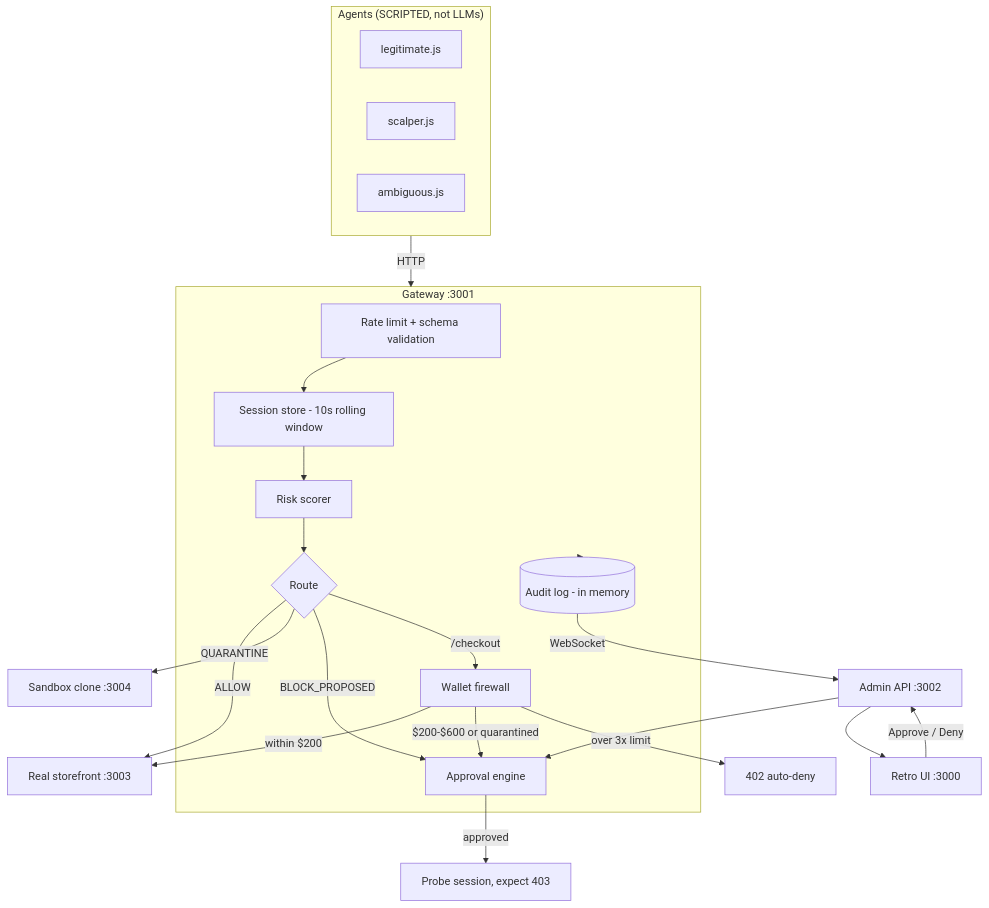
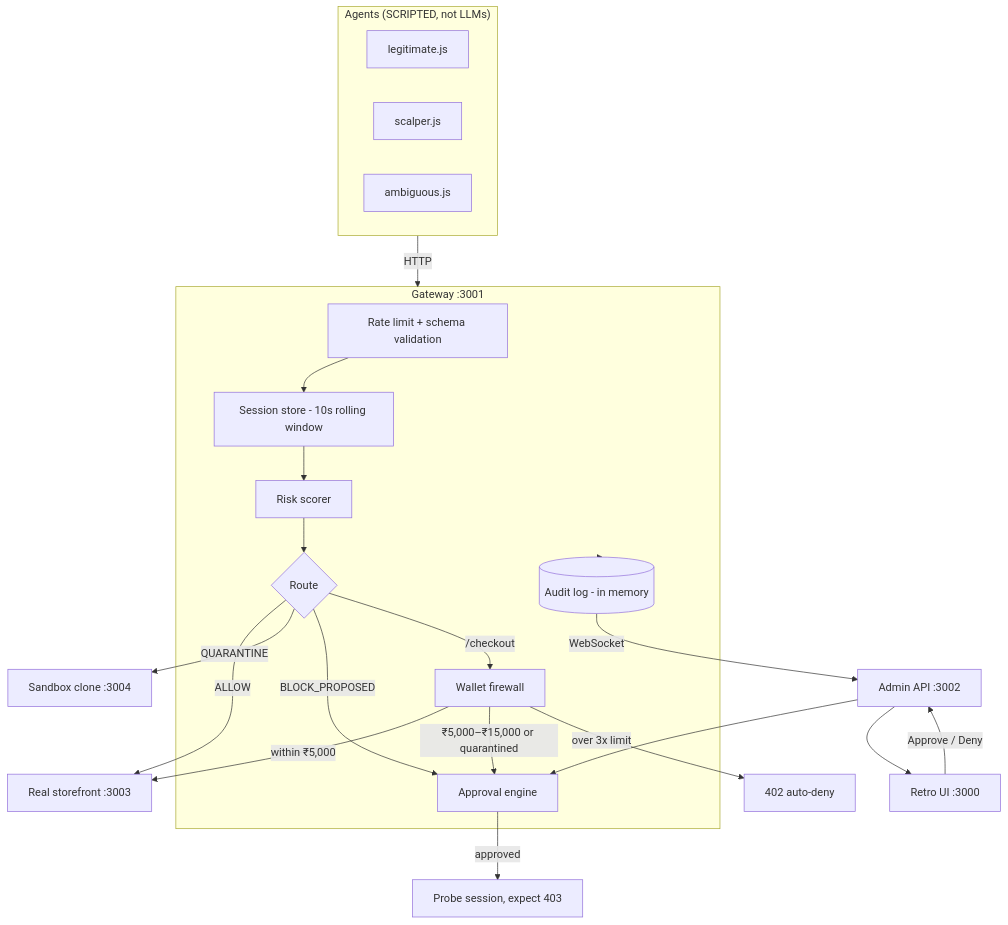
The first of 3 diagrams in PIPELINE.md (Mohammad-Palla/agent-lite-hai), drawn with Mermaid before and after one commit. The commit also changed other lines of this file and 23 other files, not shown here.

````diff
--- a/PIPELINE.md
+++ b/PIPELINE.md
@@ -12,35 +12,35 @@
 ```mermaid
 flowchart TD
     subgraph Agents["Agents (SCRIPTED, not LLMs)"]
         L[legitimate.js]
         S[scalper.js]
         A[ambiguous.js]
     end
 
     Agents -->|HTTP| GW
 
     subgraph GW["Gateway :3001"]
         RL[Rate limit + schema validation]
         SS[Session store - 10s rolling window]
         RS[Risk scorer]
         RT{Route}
         WF[Wallet firewall]
         AE[Approval engine]
         AL[(Audit log - in memory)]
         RL --> SS --> RS --> RT
     end
 
     RT -->|ALLOW| REAL[Real storefront :3003]
     RT -->|QUARANTINE| SBX[Sandbox clone :3004]
     RT -->|BLOCK_PROPOSED| AE
     RT -->|/checkout| WF
-    WF -->|within $200| REAL
-    WF -->|$200-$600 or quarantined| AE
+    WF -->|within ₹5,000| REAL
+    WF -->|₹5,000–₹15,000 or quarantined| AE
     WF -->|over 3x limit| DENY[402 auto-deny]
     AE -->|approved| PROBE[Probe session, expect 403]
 
     GW --> AL
     AL -->|WebSocket| ADM[Admin API :3002]
     ADM --> UI[Retro UI :3000]
     UI -->|Approve / Deny| ADM --> AE
 ```
````
